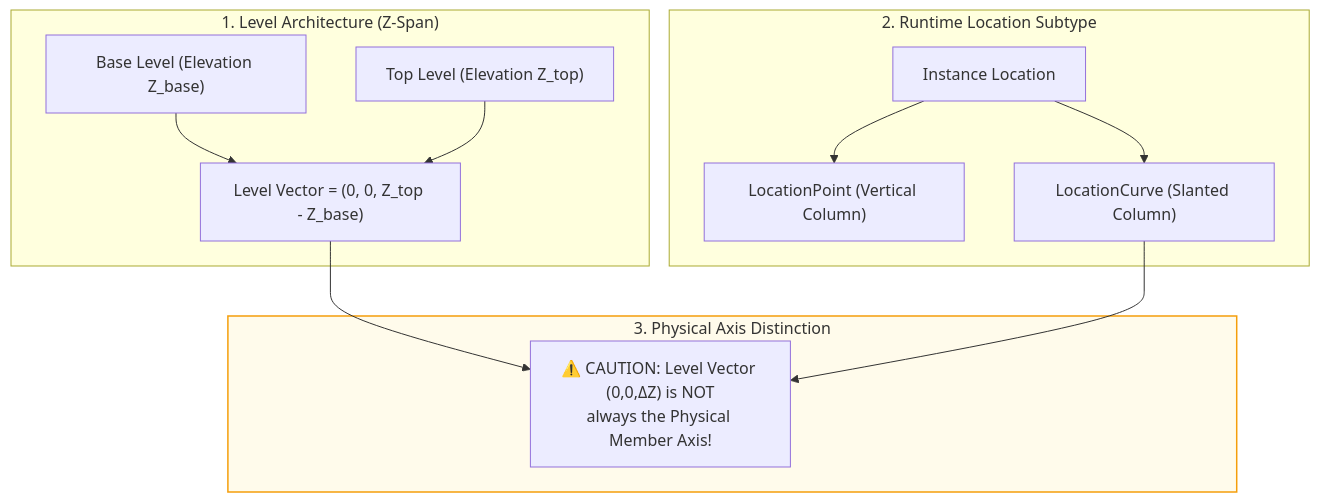
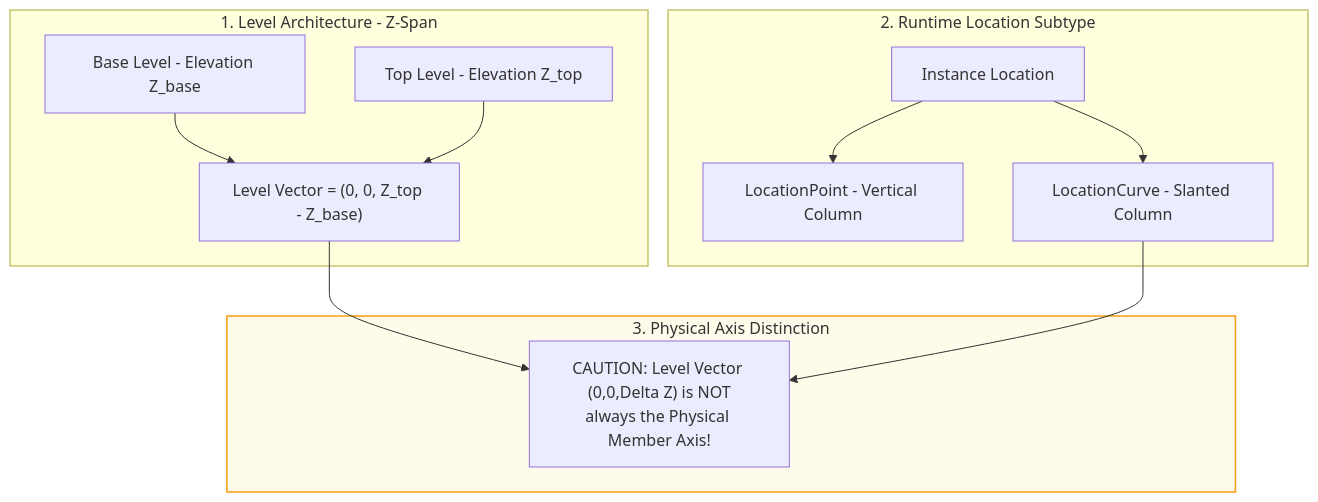
Before and after one commit to Mustafa-TOMMY/CommandSamplesRevitApiVer2025: diagram 19 of 31 in RevitApiSamples/Samples/TransformModule/TransformModule.md, drawn with Mermaid. The commit also changed other lines of this file, not shown here.

Commit message:
Update the mermaid sections

````diff
--- a/RevitApiSamples/Samples/TransformModule/TransformModule.md
+++ b/RevitApiSamples/Samples/TransformModule/TransformModule.md
@@ -554,20 +586,20 @@
 ```mermaid
 flowchart TD
-    subgraph LevelData["1. Level Architecture (Z-Span)"]
-        BL["Base Level (Elevation Z_base)"]
-        TL["Top Level (Elevation Z_top)"]
+    subgraph LevelData["1. Level Architecture - Z-Span"]
+        BL["Base Level - Elevation Z_base"]
+        TL["Top Level - Elevation Z_top"]
         LV["Level Vector = (0, 0, Z_top - Z_base)"]
         BL & TL --> LV
     end
 
     subgraph RuntimeLoc["2. Runtime Location Subtype"]
-        LOC["Instance Location"] --> LP["LocationPoint (Vertical Column)"]
-        LOC --> LC["LocationCurve (Slanted Column)"]
+        LOC["Instance Location"] --> LP["LocationPoint - Vertical Column"]
+        LOC --> LC["LocationCurve - Slanted Column"]
     end
 
     subgraph Warning["3. Physical Axis Distinction"]
-        LV & LC --> CAUTION["⚠️ CAUTION: Level Vector (0,0,ΔZ) is NOT\nalways the Physical Member Axis!"]
+        LV & LC --> CAUTION["CAUTION: Level Vector (0,0,Delta Z) is NOT<br/>always the Physical Member Axis!"]
     end
 
     style Warning fill:#fffbeb,stroke:#f59e0b,stroke-width:1.5px
 ```
````
